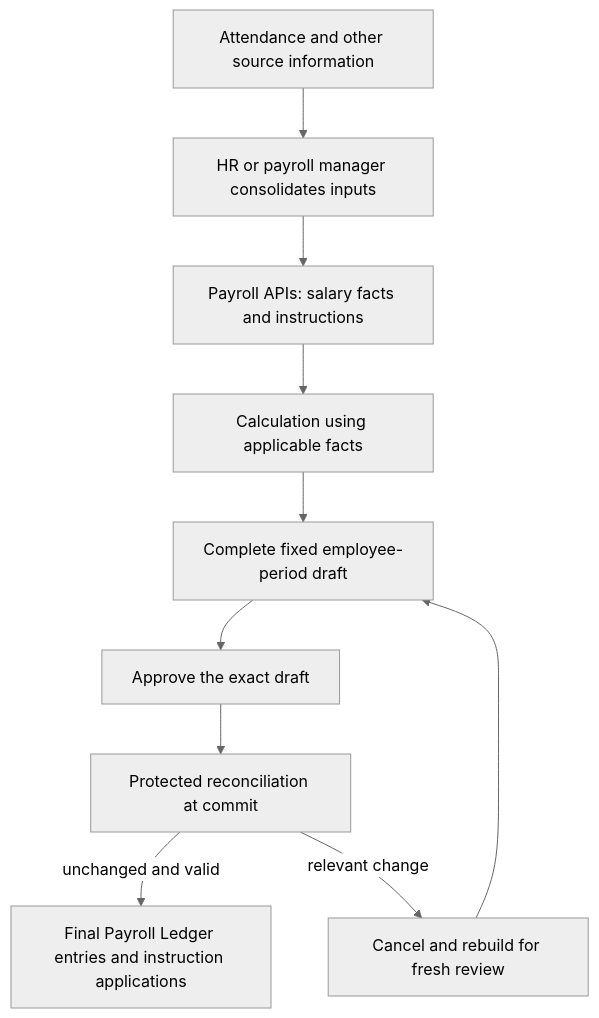
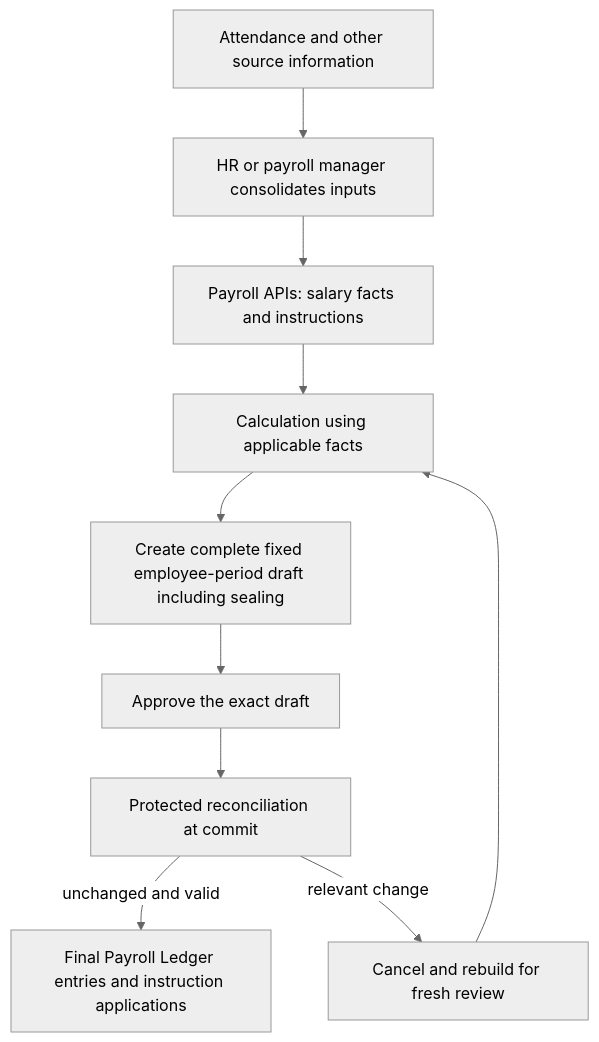
One commit to agentlabs-poc/agentlabs-payroll-ledger-lab changed the diagram in docs/handbook.md. Above: the diagram before and after it, drawn with Mermaid (neutral theme). The commit also changed other lines of this file and 6 other files, not shown here.

````diff
--- a/docs/handbook.md
+++ b/docs/handbook.md
@@ -143,12 +149,12 @@
 ```mermaid
 flowchart TD
     E[Attendance and other source information] --> M[HR or payroll manager consolidates inputs]
     M --> I[Payroll APIs: salary facts and instructions]
     I --> C[Calculation using applicable facts]
-    C --> D[Complete fixed employee-period draft]
+    C --> D[Create complete fixed employee-period draft including sealing]
     D --> A[Approve the exact draft]
     A --> R[Protected reconciliation at commit]
     R -->|unchanged and valid| P[Final Payroll Ledger entries and instruction applications]
     R -->|relevant change| B[Cancel and rebuild for fresh review]
-    B --> D
+    B --> C
 ```
````
